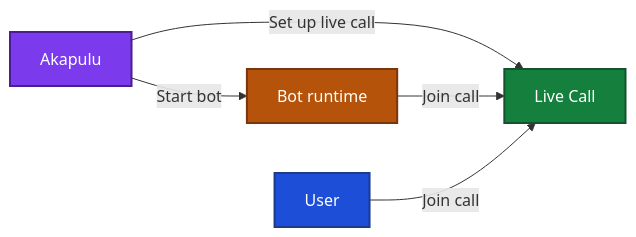
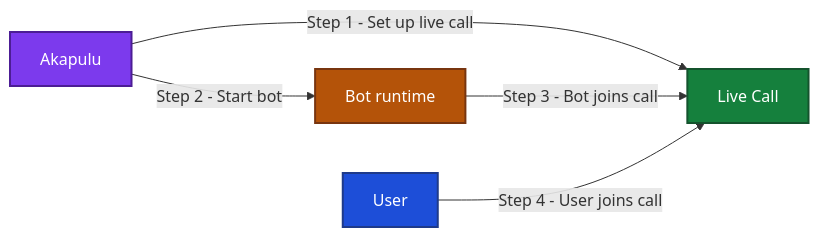
Before and after one commit to william-akapulu/docs: the fourth of 4 diagrams in guides/getting-started/how-akapulu-works.mdx, drawn with Mermaid. The commit also changed 7 other files, not shown here.

````diff
--- a/guides/getting-started/how-akapulu-works.mdx
+++ b/guides/getting-started/how-akapulu-works.mdx
@@ -176,22 +176,22 @@
 ```mermaid
 flowchart LR
   AK[Akapulu]
   ROOM[Live Call]
   BOT[Bot runtime]
   USER[User]
 
-  AK -->|Set up live call| ROOM
-  AK -->|Start bot| BOT
-  BOT -->|Join call| ROOM
-  USER -->|Join call| ROOM
+  AK -->|Step 1 - Set up live call| ROOM
+  AK -->|Step 2 - Start bot| BOT
+  BOT -->|Step 3 - Bot joins call| ROOM
+  USER -->|Step 4 - User joins call| ROOM
 
   classDef user fill:#1d4ed8,color:#ffffff,stroke:#1e3a8a,stroke-width:2px;
   classDef backend fill:#7c3aed,color:#ffffff,stroke:#4c1d95,stroke-width:2px;
   classDef callNode fill:#15803d,color:#ffffff,stroke:#14532d,stroke-width:2px;
   classDef bot fill:#b45309,color:#ffffff,stroke:#78350f,stroke-width:2px;
 
   class USER user;
   class AK backend;
   class ROOM callNode;
   class BOT bot;
 ```
````
